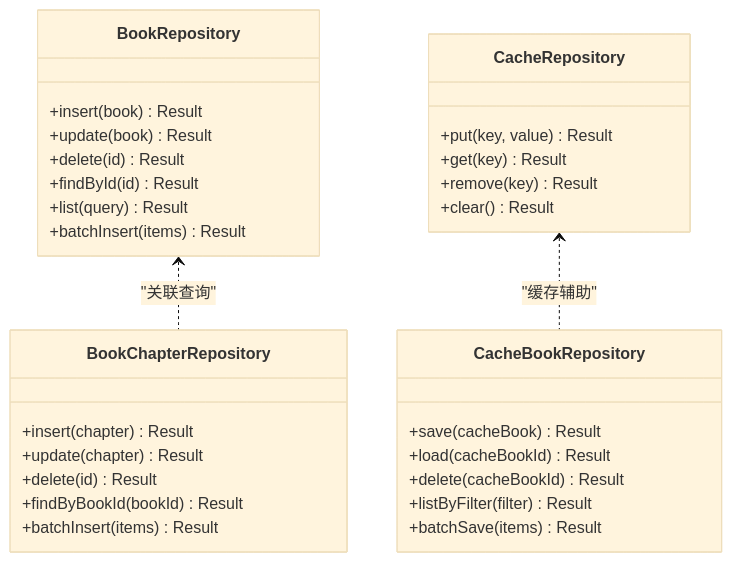
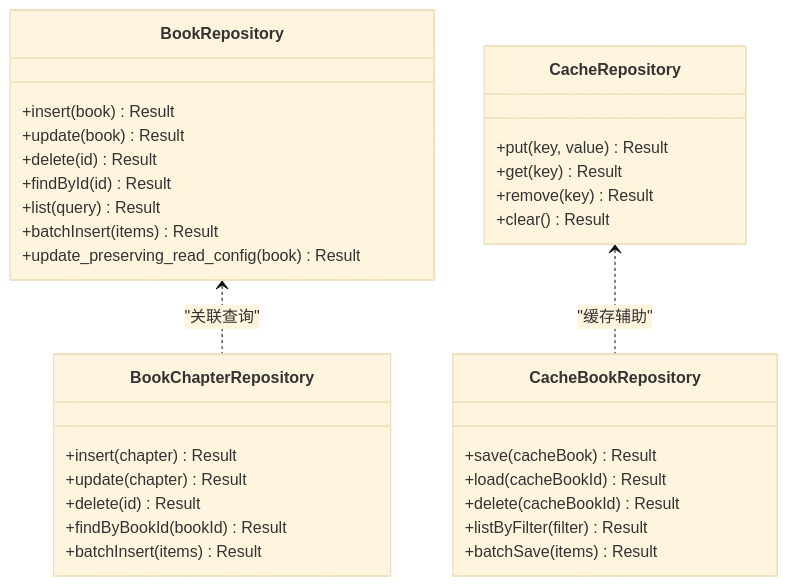
One commit to ZhangGHGitHub/LegadoTeamFlutter changed the fifth of 11 diagrams in .qoder/repowiki/zh/content/Rust核心库/数据库层/数据库层.md. Above: the diagram before and after it, drawn with Mermaid (base theme). The commit also changed other lines of this file and 173 other files, not shown here.

````diff
--- a/.qoder/repowiki/zh/content/Rust核心库/数据库层/数据库层.md
+++ b/.qoder/repowiki/zh/content/Rust核心库/数据库层/数据库层.md
@@ -238,33 +266,34 @@
 ```mermaid
 classDiagram
 class BookRepository {
 +insert(book) Result
 +update(book) Result
 +delete(id) Result
 +findById(id) Result
 +list(query) Result
 +batchInsert(items) Result
++update_preserving_read_config(book) Result
 }
 class BookChapterRepository {
 +insert(chapter) Result
 +update(chapter) Result
 +delete(id) Result
 +findByBookId(bookId) Result
 +batchInsert(items) Result
 }
 class CacheRepository {
 +put(key, value) Result
 +get(key) Result
 +remove(key) Result
 +clear() Result
 }
 class CacheBookRepository {
 +save(cacheBook) Result
 +load(cacheBookId) Result
 +delete(cacheBookId) Result
 +listByFilter(filter) Result
 +batchSave(items) Result
 }
 BookRepository <.. BookChapterRepository : "关联查询"
 CacheRepository <.. CacheBookRepository : "缓存辅助"
 ```
````
